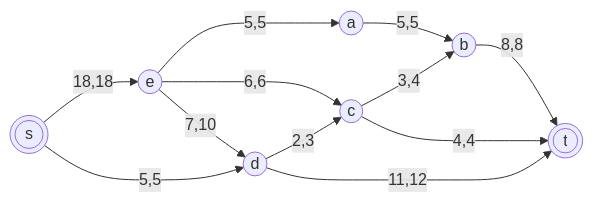
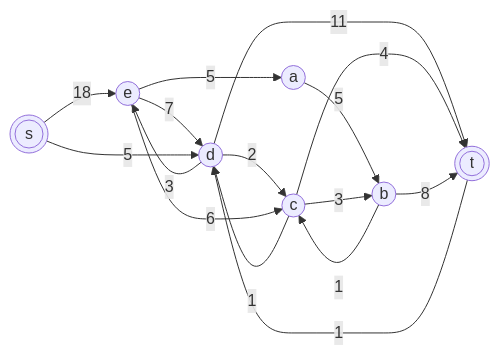
Diagram 14 of 14 in Задание 17/Rehash.md (hse-algo-psapr-25/manual-tasks), drawn with Mermaid before and after one commit. The commit also changed other lines of this file, not shown here.

````diff
--- a/Задание 17/Rehash.md
+++ b/Задание 17/Rehash.md
@@ -241,22 +419,27 @@
 ```mermaid
 graph LR
     s(((s)))
     a((a))
     b((b))
     c((c))
     d((d))
     e((e))
     t(((t)))
 
-    s -->|18,18| e
-    s -->|5,5| d
-    e -->|5,5| a
-    e -->|6,6| c
-    e -->|7,10| d
-    a -->|5,5| b
-    c -->|3,4| b
-    d -->|2,3| c
-    b -->|8,8| t
-    c -->|4,4| t
-    d -->|11,12| t
+    d -->|11| t
+    t -->|1| d
+    c -->|4| t
+    c -->|1| d
+    d -->|2| c
+
+    e -->|7| d
+    d -->|3| e
+    s -->|18| e
+    s -->|5| d
+    e -->|5| a
+    e -->|6| c
+    a -->|5| b
+    c -->|3| b
+    b -->|1| c
+    b -->|8| t
 ```
````
